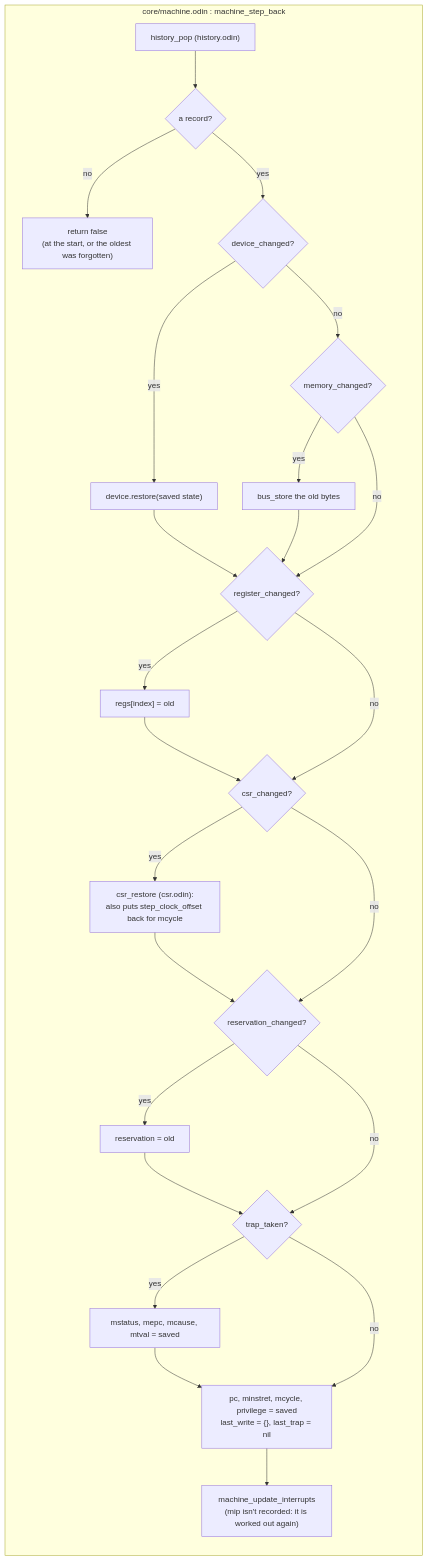
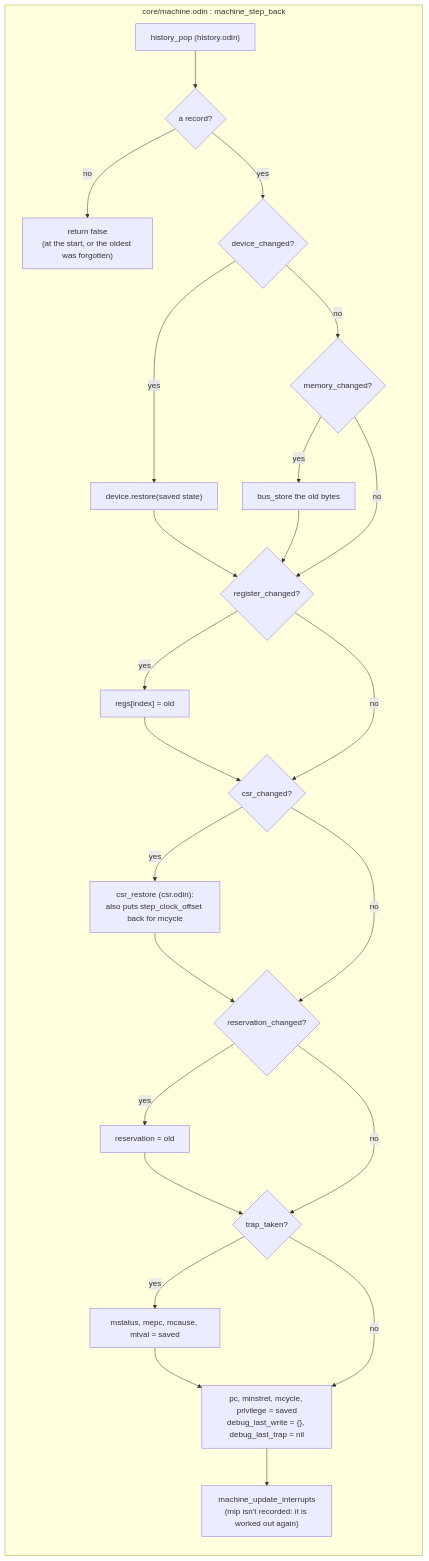
The eighth of 8 diagrams in docs/machine_flow.md (CodeHariK/RiscVLab), drawn with Mermaid before and after one commit. The commit also changed other lines of this file and 12 other files, not shown here.

````diff
--- a/docs/machine_flow.md
+++ b/docs/machine_flow.md
@@ -444,29 +444,29 @@
 ```mermaid
 flowchart TD
   subgraph SB["core/machine.odin : machine_step_back"]
     direction TB
     U0["history_pop (history.odin)"]
     U0 --> U1{"a record?"}
     U1 -- no --> UNO["return false<br/>(at the start, or the oldest was forgotten)"]
     U1 -- yes --> U2{"device_changed?"}
     U2 -- yes --> U3["device.restore(saved state)"]
     U2 -- no --> U4{"memory_changed?"}
     U4 -- yes --> U5["bus_store the old bytes"]
     U4 -- no --> U6
     U3 --> U6{"register_changed?"}
     U5 --> U6
     U6 -- yes --> U7["regs[index] = old"]
     U6 -- no --> U8
     U7 --> U8{"csr_changed?"}
     U8 -- yes --> U9["csr_restore (csr.odin):<br/>also puts step_clock_offset back for mcycle"]
     U8 -- no --> U10
     U9 --> U10{"reservation_changed?"}
     U10 -- yes --> U11["reservation = old"]
     U10 -- no --> U12
     U11 --> U12{"trap_taken?"}
     U12 -- yes --> U13["mstatus, mepc, mcause, mtval = saved"]
     U12 -- no --> U14
-    U13 --> U14["pc, minstret, mcycle, privilege = saved<br/>last_write = {}, last_trap = nil"]
+    U13 --> U14["pc, minstret, mcycle, privilege = saved<br/>debug_last_write = {}, debug_last_trap = nil"]
     U14 --> U15["machine_update_interrupts<br/>(mip isn't recorded: it is worked out again)"]
   end
 ```
````
